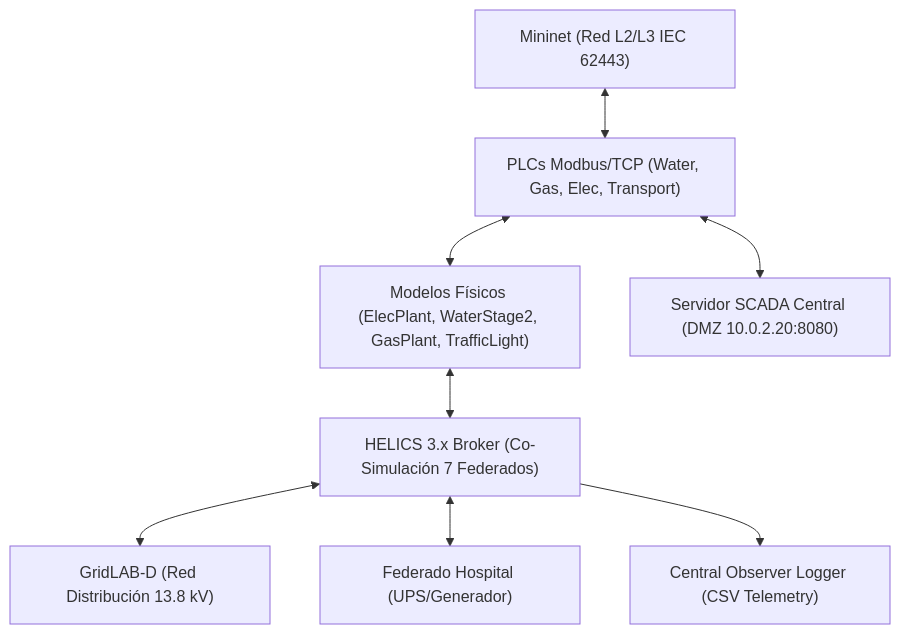
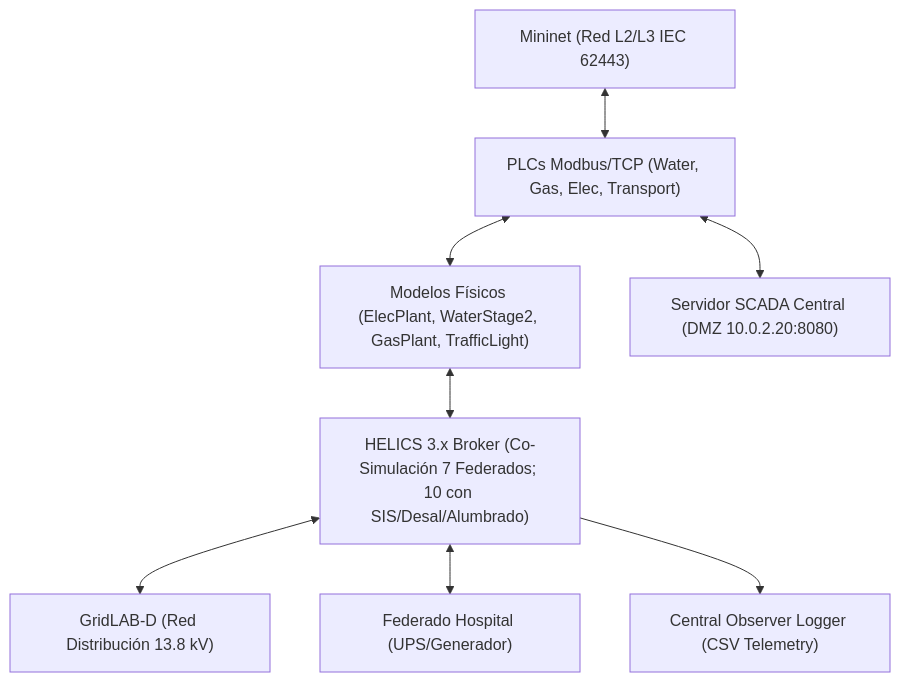
Before and after one commit to kripiman/CityLab: the diagram in docs/ERS.md, drawn with Mermaid. The commit also changed other lines of this file, not shown here.

````diff
--- a/docs/ERS.md
+++ b/docs/ERS.md
@@ -39,10 +39,10 @@
 ```mermaid
 graph TD
     A["Mininet (Red L2/L3 IEC 62443)"] <--> B["PLCs Modbus/TCP (Water, Gas, Elec, Transport)"]
     B <--> C["Modelos Físicos (ElecPlant, WaterStage2, GasPlant, TrafficLight)"]
-    C <--> D["HELICS 3.x Broker (Co-Simulación 7 Federados)"]
+    C <--> D["HELICS 3.x Broker (Co-Simulación 7 Federados; 10 con SIS/Desal/Alumbrado)"]
     D <--> E["GridLAB-D (Red Distribución 13.8 kV)"]
     D <--> F["Federado Hospital (UPS/Generador)"]
     B <--> H["Servidor SCADA Central (DMZ 10.0.2.20:8080)"]
     D --> G["Central Observer Logger (CSV Telemetry)"]
 ```
````
